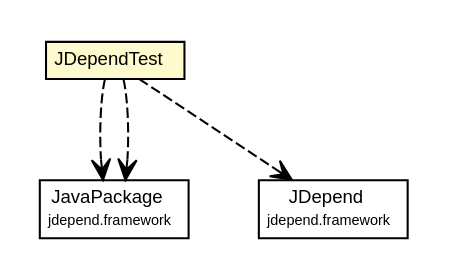
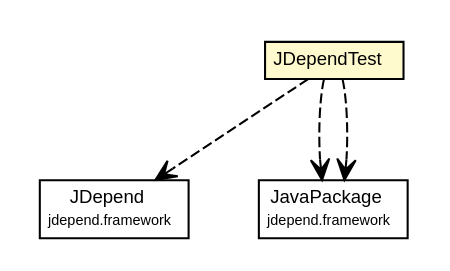
The diagram in archiv/1.0-SNAPSHOT/testapidocs/net/brabenetz/lib/securedproperties/JDependTest.dot (brabenetz/secured-properties), drawn with Graphviz before and after one commit. The commit also changed 151 other files, not shown here.

```diff
--- a/archiv/1.0-SNAPSHOT/testapidocs/net/brabenetz/lib/securedproperties/JDependTest.dot
+++ b/archiv/1.0-SNAPSHOT/testapidocs/net/brabenetz/lib/securedproperties/JDependTest.dot
@@ -1,38 +1,38 @@
 #!/usr/local/bin/dot
 #
 # Class diagram 
 # Generated by UMLGraph version R5_6-24-gf6e263 (http://www.umlgraph.org/)
 #
 
 digraph G {
 	edge [fontname="arial",fontsize=10,labelfontname="arial",labelfontsize=10];
 	node [fontname="arial",fontsize=10,shape=plaintext];
 	nodesep=0.25;
 	ranksep=0.5;
 	// net.brabenetz.lib.securedproperties.JDependTest
-	c96 [label=<<table title="net.brabenetz.lib.securedproperties.JDependTest" border="0" cellborder="1" cellspacing="0" cellpadding="2" port="p" bgcolor="lemonChiffon" href="./JDependTest.html">
+	c124 [label=<<table title="net.brabenetz.lib.securedproperties.JDependTest" border="0" cellborder="1" cellspacing="0" cellpadding="2" port="p" bgcolor="lemonChiffon" href="./JDependTest.html">
 		<tr><td><table border="0" cellspacing="0" cellpadding="1">
 <tr><td align="center" balign="center"> JDependTest </td></tr>
 		</table></td></tr>
 		</table>>, URL="./JDependTest.html", fontname="arial", fontcolor="black", fontsize=9.0];
+	// net.brabenetz.lib.securedproperties.JDependTest DEPEND jdepend.framework.JDepend
+	c124:p -> c137:p [taillabel="", label="", headlabel="", fontname="arial", fontcolor="black", fontsize=10.0, color="black", arrowhead=open, style=dashed];
 	// net.brabenetz.lib.securedproperties.JDependTest DEPEND jdepend.framework.JavaPackage
-	c96:p -> c106:p [taillabel="", label="", headlabel="", fontname="arial", fontcolor="black", fontsize=10.0, color="black", arrowhead=open, style=dashed];
-	// net.brabenetz.lib.securedproperties.JDependTest DEPEND jdepend.framework.JDepend
-	c96:p -> c111:p [taillabel="", label="", headlabel="", fontname="arial", fontcolor="black", fontsize=10.0, color="black", arrowhead=open, style=dashed];
+	c124:p -> c141:p [taillabel="", label="", headlabel="", fontname="arial", fontcolor="black", fontsize=10.0, color="black", arrowhead=open, style=dashed];
 	// net.brabenetz.lib.securedproperties.JDependTest DEPEND jdepend.framework.JavaPackage
-	c96:p -> c106:p [taillabel="", label="", headlabel="", fontname="arial", fontcolor="black", fontsize=10.0, color="black", arrowhead=open, style=dashed];
+	c124:p -> c141:p [taillabel="", label="", headlabel="", fontname="arial", fontcolor="black", fontsize=10.0, color="black", arrowhead=open, style=dashed];
 	// jdepend.framework.JavaPackage
-	c106 [label=<<table title="jdepend.framework.JavaPackage" border="0" cellborder="1" cellspacing="0" cellpadding="2" port="p">
+	c141 [label=<<table title="jdepend.framework.JavaPackage" border="0" cellborder="1" cellspacing="0" cellpadding="2" port="p">
 		<tr><td><table border="0" cellspacing="0" cellpadding="1">
 <tr><td align="center" balign="center"> JavaPackage </td></tr>
 <tr><td align="center" balign="center"><font point-size="7.0"> jdepend.framework </font></td></tr>
 		</table></td></tr>
 		</table>>, URL="null", fontname="arial", fontcolor="black", fontsize=9.0];
 	// jdepend.framework.JDepend
-	c111 [label=<<table title="jdepend.framework.JDepend" border="0" cellborder="1" cellspacing="0" cellpadding="2" port="p">
+	c137 [label=<<table title="jdepend.framework.JDepend" border="0" cellborder="1" cellspacing="0" cellpadding="2" port="p">
 		<tr><td><table border="0" cellspacing="0" cellpadding="1">
 <tr><td align="center" balign="center"> JDepend </td></tr>
 <tr><td align="center" balign="center"><font point-size="7.0"> jdepend.framework </font></td></tr>
 		</table></td></tr>
 		</table>>, URL="null", fontname="arial", fontcolor="black", fontsize=9.0];
 }
```
